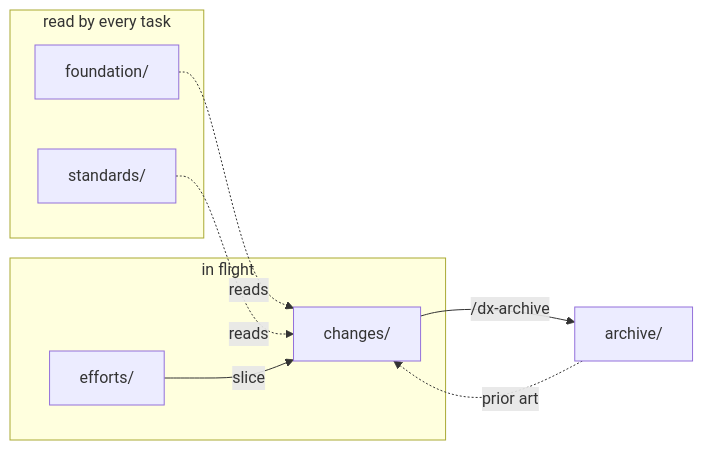
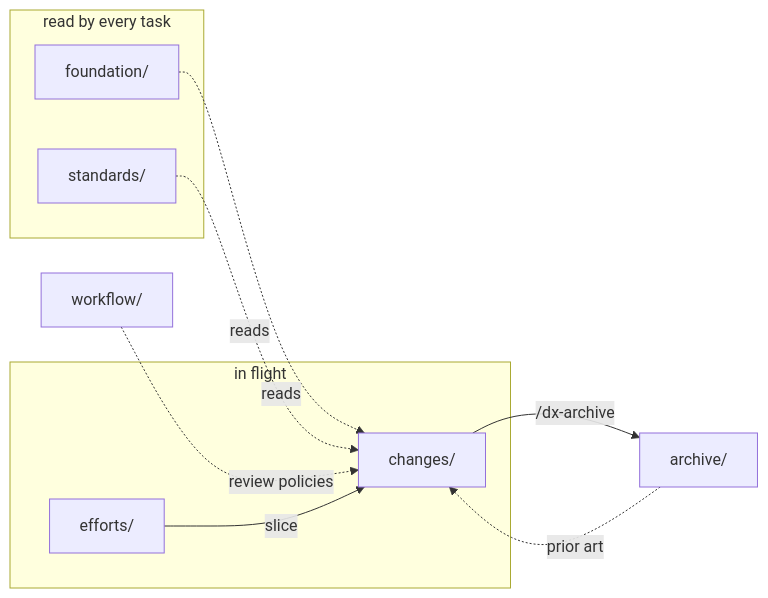
Before and after one commit to dikamilo/dx-workflow: the diagram in docs/explanation/directory-layout.md, drawn with Mermaid. The commit also changed other lines of this file and 16 other files, not shown here.

````diff
--- a/docs/explanation/directory-layout.md
+++ b/docs/explanation/directory-layout.md
@@ -104,17 +108,19 @@
 ```mermaid
 flowchart LR
   subgraph reference [read by every task]
     F[foundation/]
     S[standards/]
   end
+  W[workflow/]
   subgraph active [in flight]
     E[efforts/]
     C[changes/]
   end
   A[archive/]
   F -.reads.-> C
   S -.reads.-> C
+  W -.review policies.-> C
   E -->|slice| C
   C -->|/dx-archive| A
   A -.prior art.-> C
 ```
````
